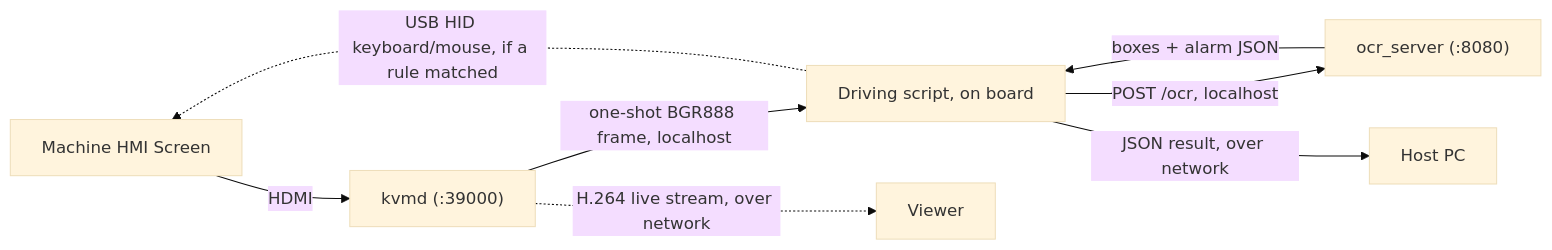
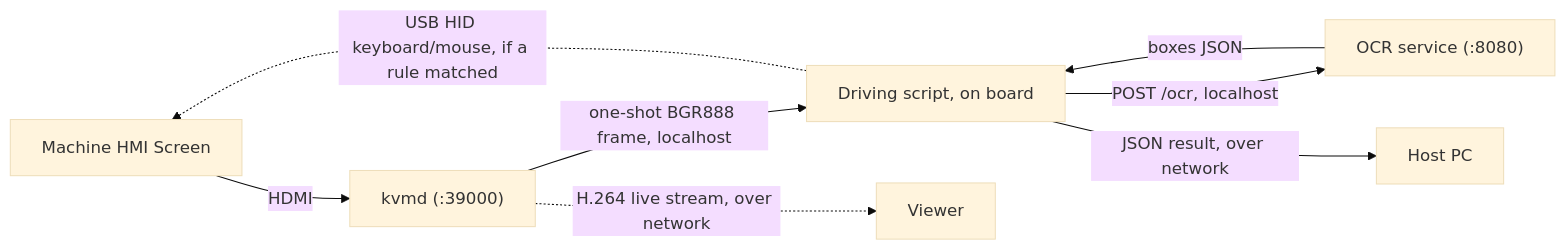
One commit to damiangohrh123/TPSLibPPOcr changed the diagram in README.md. Above: the diagram before and after it, drawn with Mermaid (base theme). The commit also changed other lines of this file and 3 other files, not shown here.

````diff
--- a/README.md
+++ b/README.md
@@ -31,10 +31,10 @@
 ```mermaid
 flowchart LR
     M[Machine HMI Screen] -- HDMI --> K["kvmd  (:39000)"]
     K -- "one-shot BGR888 frame, localhost" --> D[Driving script, on board]
-    D -- "POST /ocr, localhost" --> O["ocr_server  (:8080)"]
-    O -- "boxes + alarm JSON" --> D
+    D -- "POST /ocr, localhost" --> O["OCR service  (:8080)"]
+    O -- "boxes JSON" --> D
     D -- "JSON result, over network" --> H[Host PC]
     K -. "H.264 live stream, over network" .-> V[Viewer]
     D -. "USB HID keyboard/mouse, if a rule matched" .-> M
 ```
````
